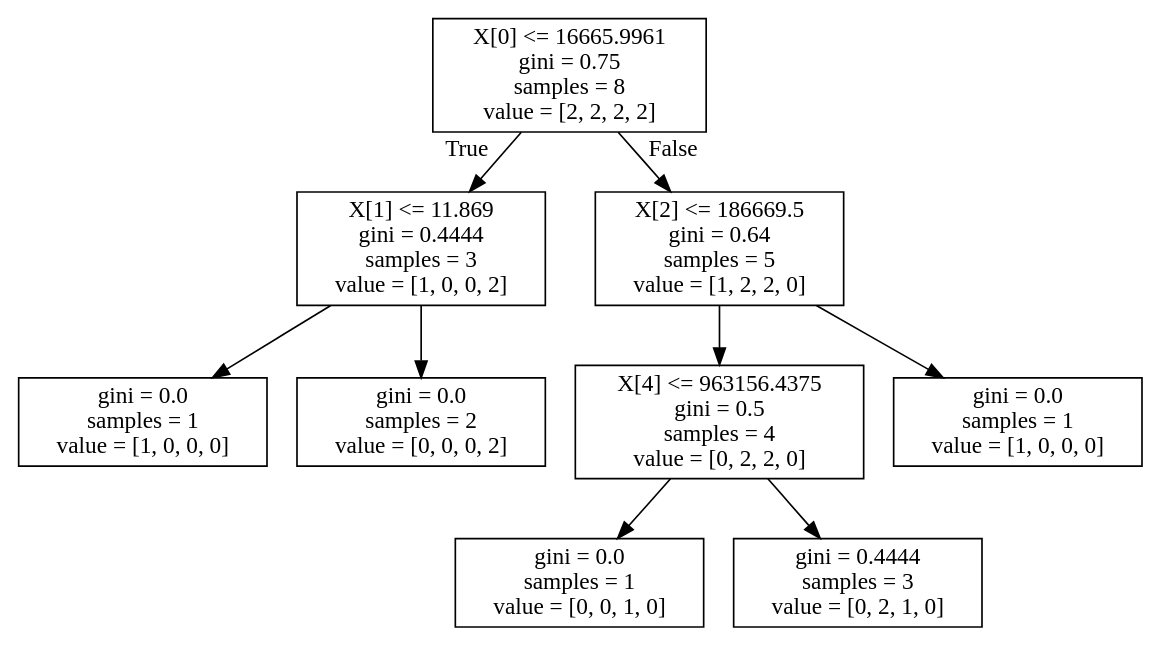
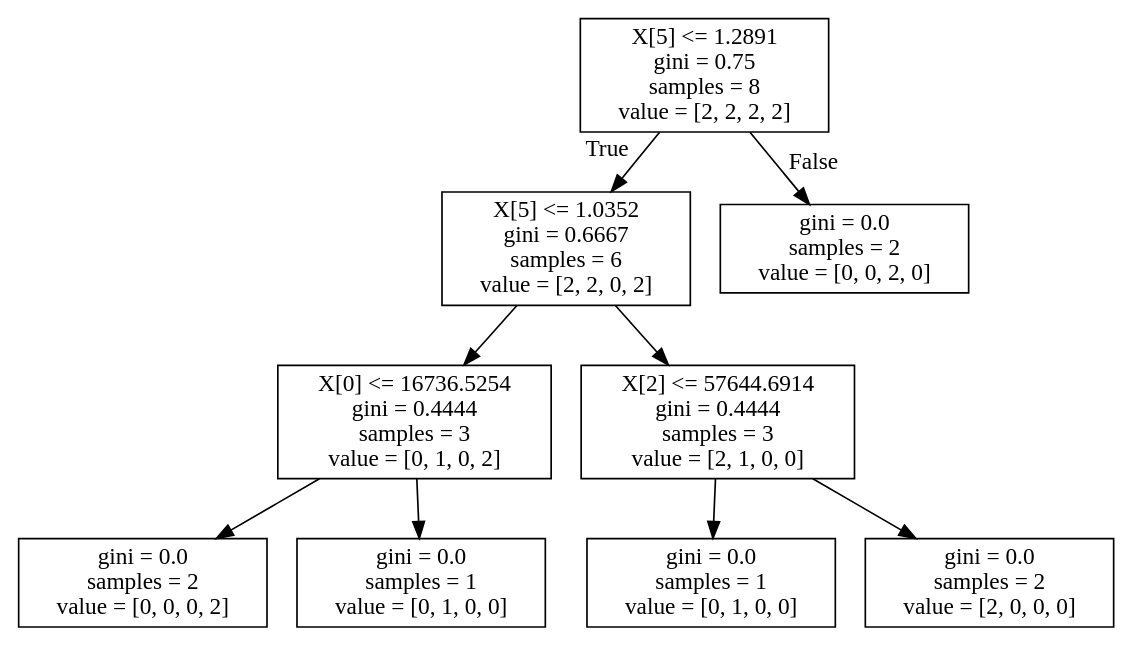
Before and after one commit to kwbartel/BenchBuddy: the diagram in Analysis/graph.dot, drawn with Graphviz. The commit also changed 2 other files, not shown here.

```diff
--- a/Analysis/graph.dot
+++ b/Analysis/graph.dot
@@ -1,20 +1,20 @@
 digraph Tree {
 node [shape=box] ;
-0 [label="X[0] <= 16665.9961\ngini = 0.75\nsamples = 8\nvalue = [2, 2, 2, 2]"] ;
-1 [label="X[1] <= 11.869\ngini = 0.4444\nsamples = 3\nvalue = [1, 0, 0, 2]"] ;
+0 [label="X[5] <= 1.2891\ngini = 0.75\nsamples = 8\nvalue = [2, 2, 2, 2]"] ;
+1 [label="X[5] <= 1.0352\ngini = 0.6667\nsamples = 6\nvalue = [2, 2, 0, 2]"] ;
 0 -> 1 [labeldistance=2.5, labelangle=45, headlabel="True"] ;
-2 [label="gini = 0.0\nsamples = 1\nvalue = [1, 0, 0, 0]"] ;
+2 [label="X[0] <= 16736.5254\ngini = 0.4444\nsamples = 3\nvalue = [0, 1, 0, 2]"] ;
 1 -> 2 ;
 3 [label="gini = 0.0\nsamples = 2\nvalue = [0, 0, 0, 2]"] ;
-1 -> 3 ;
-4 [label="X[2] <= 186669.5\ngini = 0.64\nsamples = 5\nvalue = [1, 2, 2, 0]"] ;
-0 -> 4 [labeldistance=2.5, labelangle=-45, headlabel="False"] ;
-5 [label="X[4] <= 963156.4375\ngini = 0.5\nsamples = 4\nvalue = [0, 2, 2, 0]"] ;
-4 -> 5 ;
-6 [label="gini = 0.0\nsamples = 1\nvalue = [0, 0, 1, 0]"] ;
+2 -> 3 ;
+4 [label="gini = 0.0\nsamples = 1\nvalue = [0, 1, 0, 0]"] ;
+2 -> 4 ;
+5 [label="X[2] <= 57644.6914\ngini = 0.4444\nsamples = 3\nvalue = [2, 1, 0, 0]"] ;
+1 -> 5 ;
+6 [label="gini = 0.0\nsamples = 1\nvalue = [0, 1, 0, 0]"] ;
 5 -> 6 ;
-7 [label="gini = 0.4444\nsamples = 3\nvalue = [0, 2, 1, 0]"] ;
+7 [label="gini = 0.0\nsamples = 2\nvalue = [2, 0, 0, 0]"] ;
 5 -> 7 ;
-8 [label="gini = 0.0\nsamples = 1\nvalue = [1, 0, 0, 0]"] ;
-4 -> 8 ;
+8 [label="gini = 0.0\nsamples = 2\nvalue = [0, 0, 2, 0]"] ;
+0 -> 8 [labeldistance=2.5, labelangle=-45, headlabel="False"] ;
 }
```
